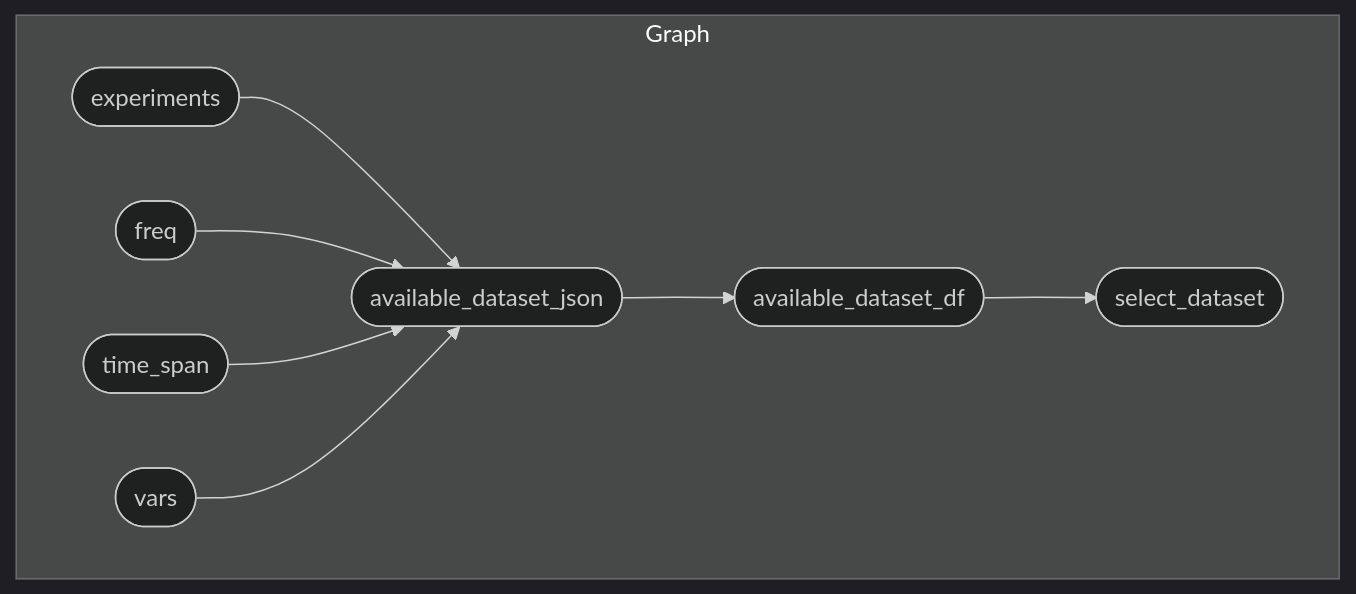
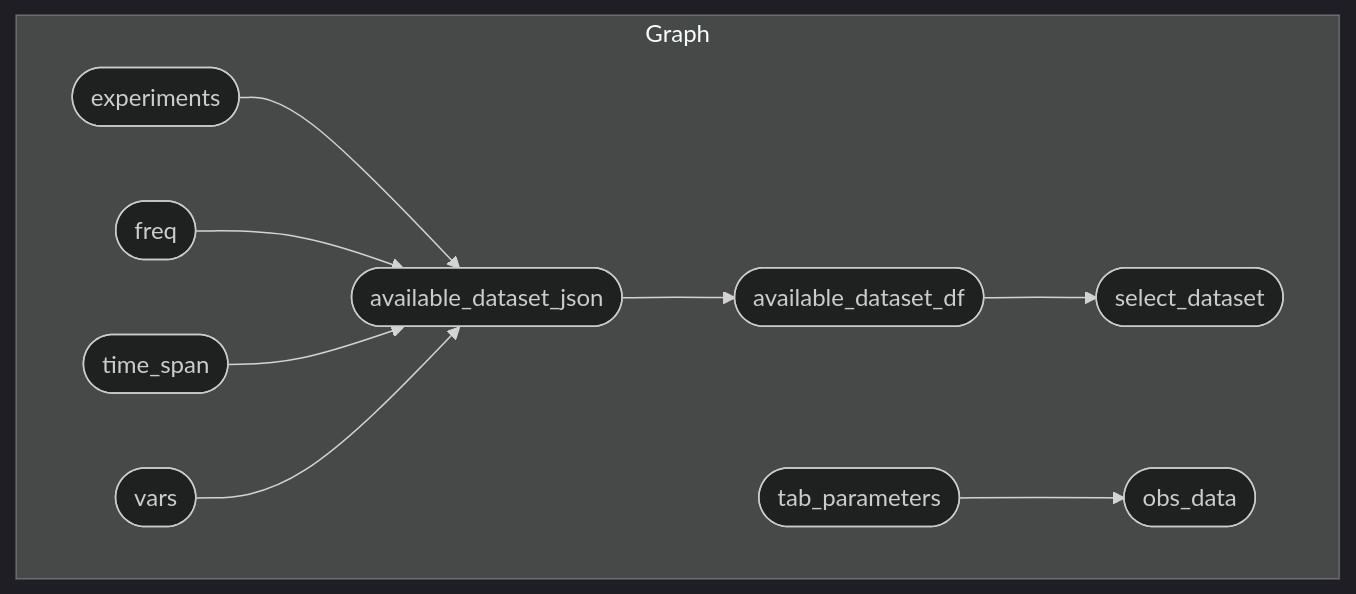
The diagram in README.md (r-fernandezz/downshape), drawn with Mermaid (dark theme) before and after one commit. The commit also changed other lines of this file and 5 other files, not shown here.

````diff
--- a/README.md
+++ b/README.md
@@ -21,12 +22,13 @@
 ``` mermaid
 graph LR
   subgraph Graph
     direction LR
     x6fcf9b0e7fc429ff(["available_dataset_json"]):::uptodate --> xe895740a9b7896f7(["available_dataset_df"]):::uptodate
     xac02e5e58926353b(["experiments"]):::uptodate --> x6fcf9b0e7fc429ff(["available_dataset_json"]):::uptodate
     x906e78a8df9f52cb(["freq"]):::uptodate --> x6fcf9b0e7fc429ff(["available_dataset_json"]):::uptodate
     x2c0118dd07b06ac8(["time_span"]):::uptodate --> x6fcf9b0e7fc429ff(["available_dataset_json"]):::uptodate
     x8f15ec77b8dbd81a(["vars"]):::uptodate --> x6fcf9b0e7fc429ff(["available_dataset_json"]):::uptodate
     xe895740a9b7896f7(["available_dataset_df"]):::uptodate --> x3f5ab24ee8d242b4(["select_dataset"]):::uptodate
+    x4301c707c2ab0cdc(["tab_parameters"]):::uptodate --> xd7bca5ba4e5f539d(["obs_data"]):::uptodate
   end
 ```
````
